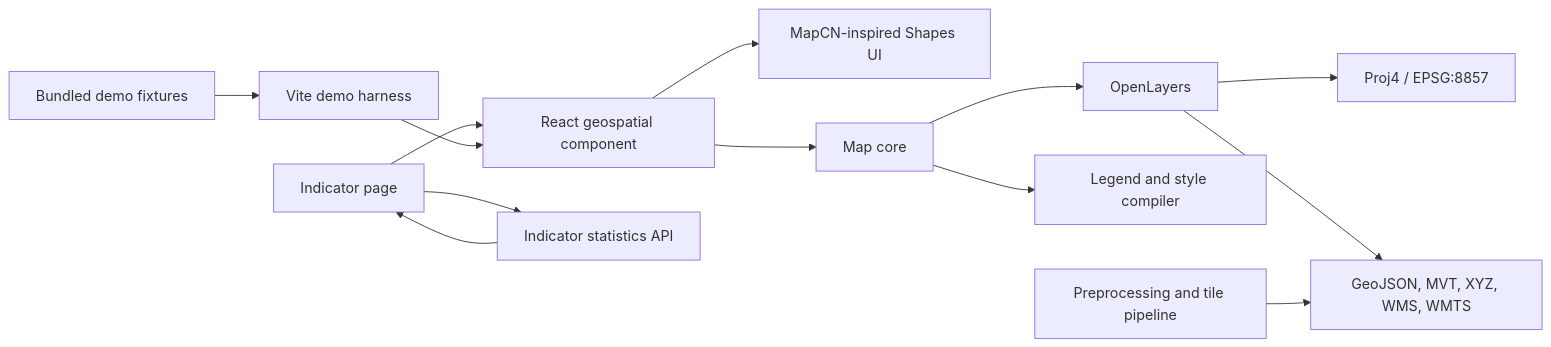
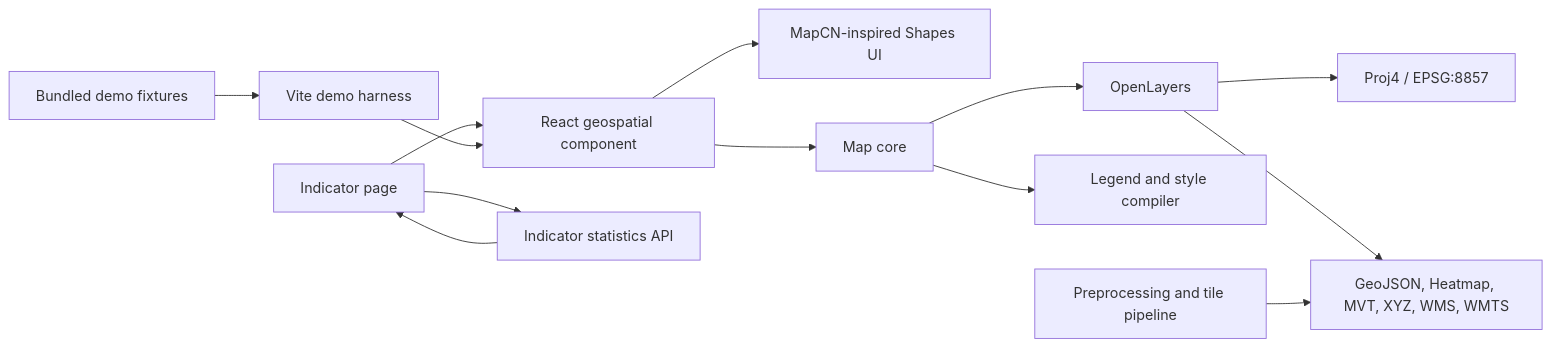
Before and after one commit to Lyxesxyz/react-map-component: the first of 2 diagrams in technical-architecture.md, drawn with Mermaid. The commit also changed other lines of this file and 45 other files, not shown here.

````diff
--- a/technical-architecture.md
+++ b/technical-architecture.md
@@ -41,15 +41,15 @@
 ```mermaid
 flowchart LR
   Page[Indicator page] --> ReactMap[React geospatial component]
   ReactMap --> UI[MapCN-inspired Shapes UI]
   ReactMap --> Core[Map core]
   Core --> OL[OpenLayers]
   Core --> Legend[Legend and style compiler]
   OL --> P4[Proj4 / EPSG:8857]
-  OL --> Sources[GeoJSON, MVT, XYZ, WMS, WMTS]
+  OL --> Sources[GeoJSON, Heatmap, MVT, XYZ, WMS, WMTS]
   Page --> Stats[Indicator statistics API]
   Stats --> Page
   Pipeline[Preprocessing and tile pipeline] --> Sources
   Demo[Vite demo harness] --> ReactMap
   Fixtures[Bundled demo fixtures] --> Demo
 ```
````
